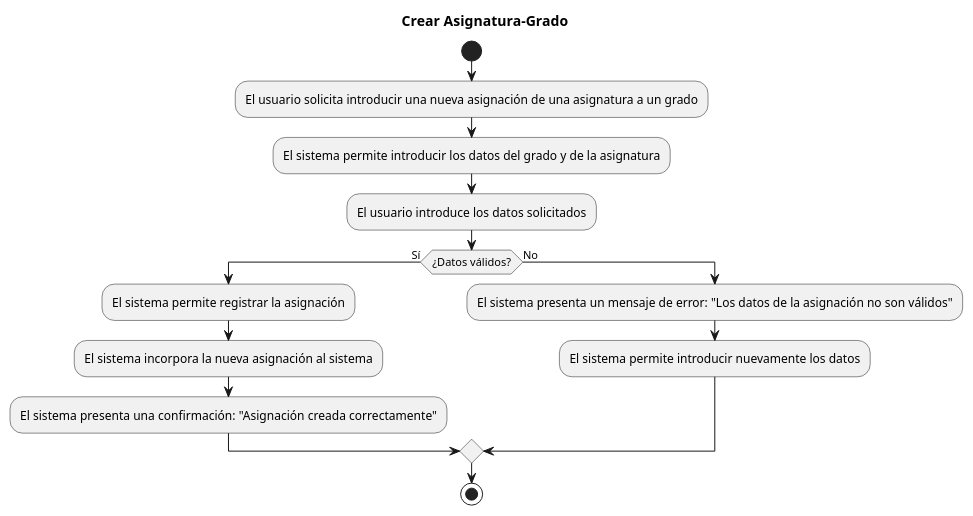
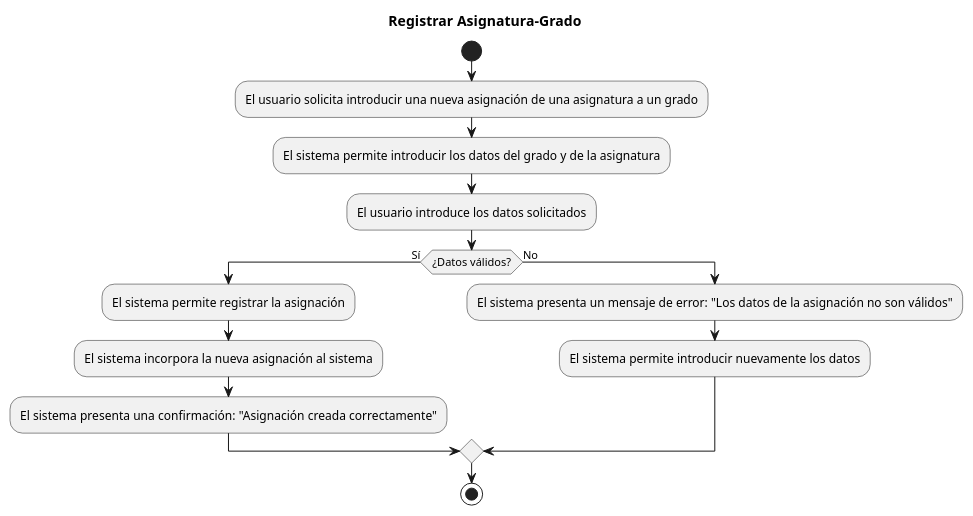
Before and after one commit to mmasias/24-25-IdSw1-SDR: the diagram in casosDeUso/plantUML/AsignaturaGrado/RegistrarAsignaturaGrado.puml, drawn with PlantUML. The commit also changed 4 other files, not shown here.

```diff
--- a/casosDeUso/plantUML/AsignaturaGrado/RegistrarAsignaturaGrado.puml
+++ b/casosDeUso/plantUML/AsignaturaGrado/RegistrarAsignaturaGrado.puml
@@ -1,19 +1,19 @@
 @startuml
 
-title Crear Asignatura-Grado
+title Registrar Asignatura-Grado
 
 start
 :El usuario solicita introducir una nueva asignación de una asignatura a un grado;
 :El sistema permite introducir los datos del grado y de la asignatura;
 :El usuario introduce los datos solicitados;
 if (¿Datos válidos?) then (Sí)
 :El sistema permite registrar la asignación;
 :El sistema incorpora la nueva asignación al sistema;
 :El sistema presenta una confirmación: "Asignación creada correctamente";
 else (No)
 :El sistema presenta un mensaje de error: "Los datos de la asignación no son válidos";
 :El sistema permite introducir nuevamente los datos;
 endif
 stop
 
 @enduml
```
